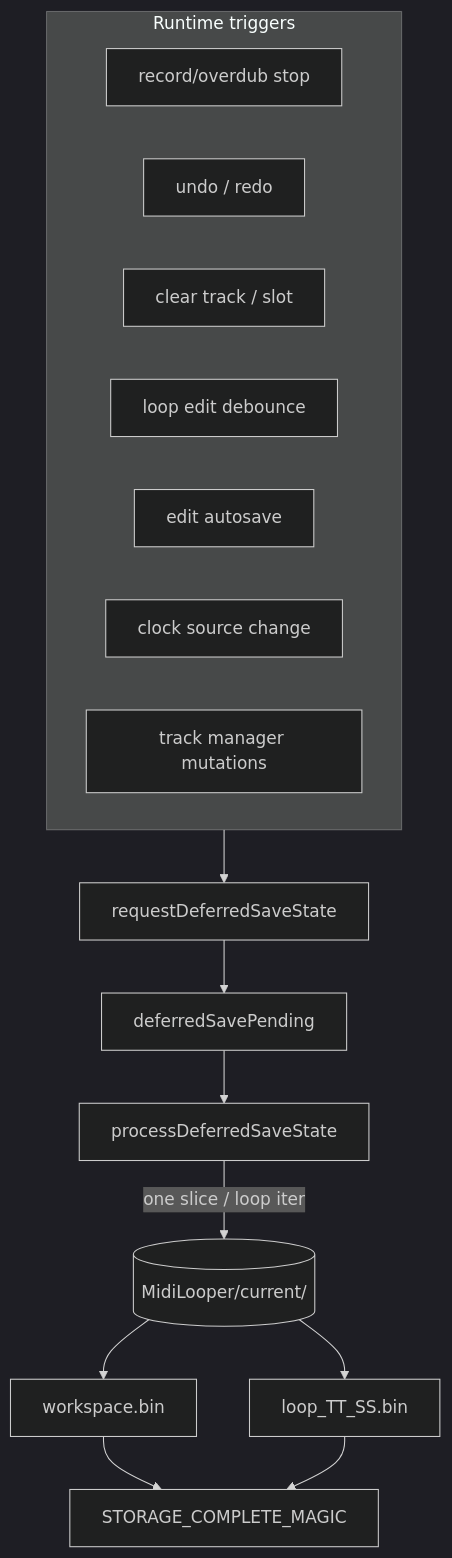
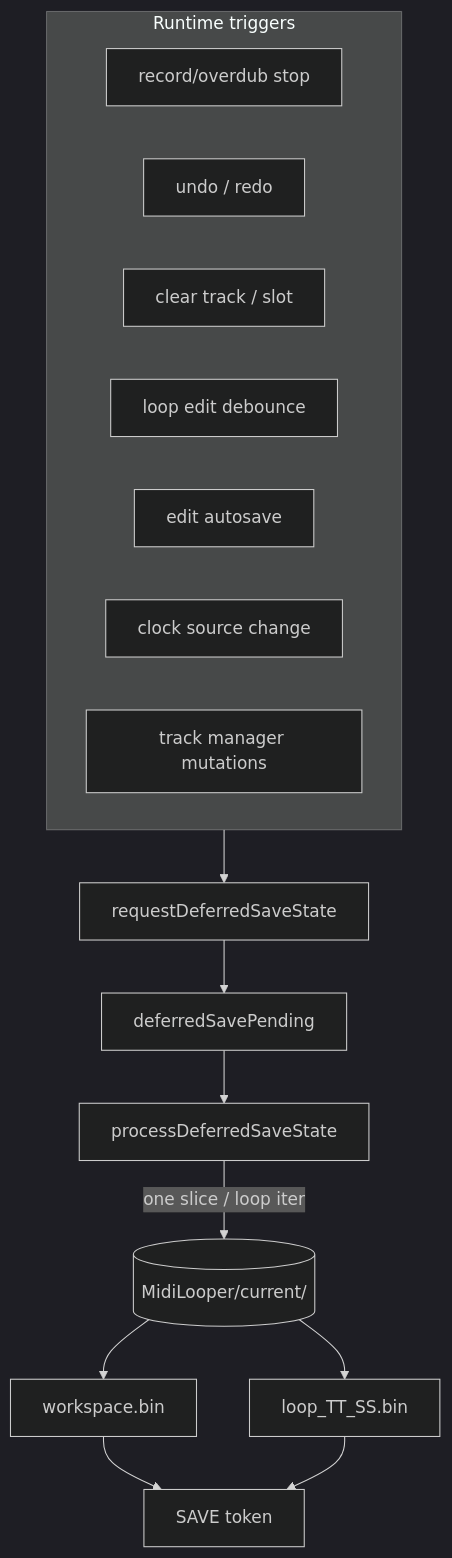
Before and after one commit to Lytrix/MidiLooper: the diagram in docs/Guides/DEFERRED_RUNTIME_PERSISTENCE.md, drawn with Mermaid (dark theme). The commit also changed other lines of this file and 37 other files, not shown here.

````diff
--- a/docs/Guides/DEFERRED_RUNTIME_PERSISTENCE.md
+++ b/docs/Guides/DEFERRED_RUNTIME_PERSISTENCE.md
@@ -50,20 +105,20 @@
 ```mermaid
 flowchart TB
   subgraph triggers [Runtime triggers]
     RS[record/overdub stop]
     UR[undo / redo]
     CL[clear track / slot]
     LE[loop edit debounce]
     EA[edit autosave]
     CS[clock source change]
     TM[track manager mutations]
   end
   triggers --> REQ[requestDeferredSaveState]
   REQ --> Q[deferredSavePending]
   Q --> PROC[processDeferredSaveState]
   PROC -->|one slice / loop iter| SD[(MidiLooper/current/)]
   SD --> META[workspace.bin]
   SD --> LOOP[loop_TT_SS.bin]
-  META --> CM[STORAGE_COMPLETE_MAGIC]
+  META --> CM[SAVE token]
   LOOP --> CM
 ```
````
